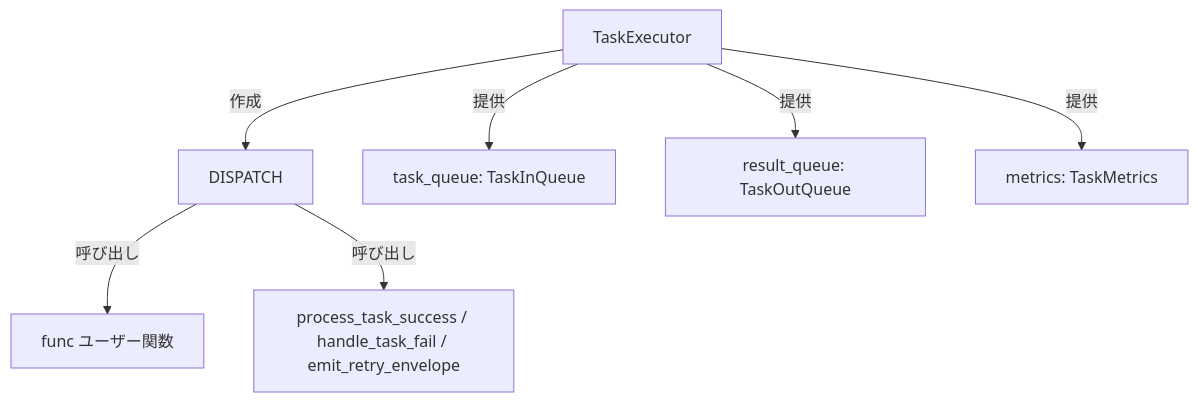
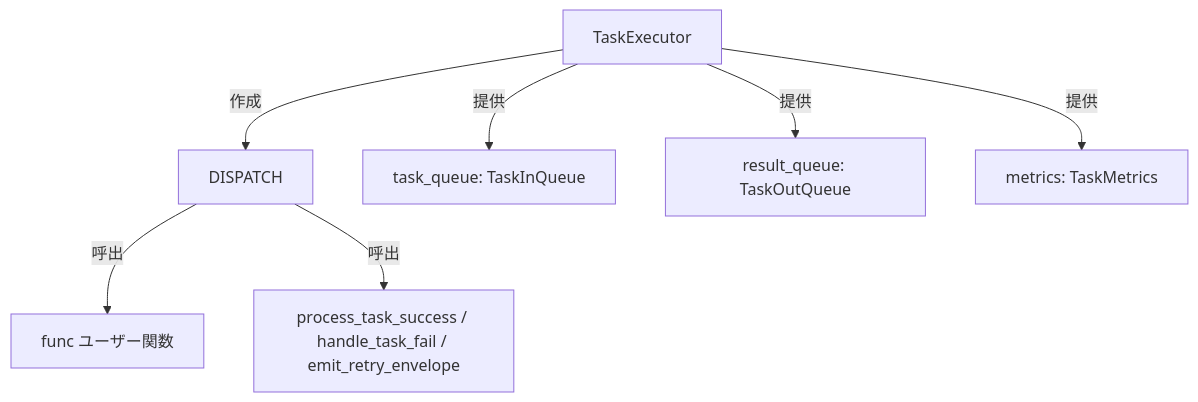
Before and after one commit to Mr-xiaotian/CelestialFlow: the second of 2 diagrams in docs/ja/src/runtime/core_dispatch.md, drawn with Mermaid. The commit also changed other lines of this file and 278 other files, not shown here.

````diff
--- a/docs/ja/src/runtime/core_dispatch.md
+++ b/docs/ja/src/runtime/core_dispatch.md
@@ -141,9 +144,9 @@
 ```mermaid
 flowchart TD
     TE[TaskExecutor] -->|作成| DISPATCH
     TE -->|提供| TQ[task_queue: TaskInQueue]
     TE -->|提供| RQ[result_queue: TaskOutQueue]
     TE -->|提供| MET[metrics: TaskMetrics]
-    DISPATCH -->|呼び出し| FUNC[func ユーザー関数]
-    DISPATCH -->|呼び出し| TE_METHODS[process_task_success / handle_task_fail / emit_retry_envelope]
+    DISPATCH -->|呼出| FUNC[func ユーザー関数]
+    DISPATCH -->|呼出| TE_METHODS[process_task_success / handle_task_fail / emit_retry_envelope]
 ```
````
